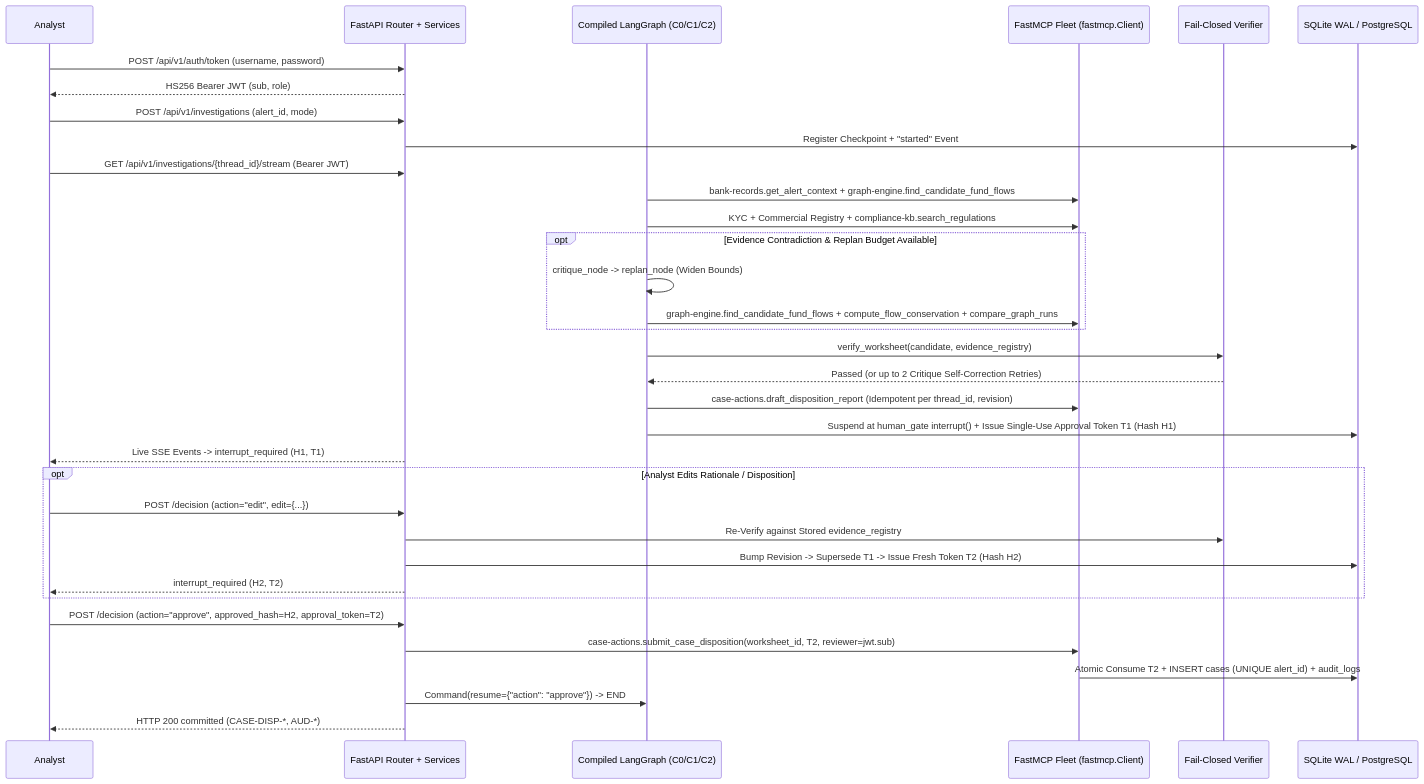
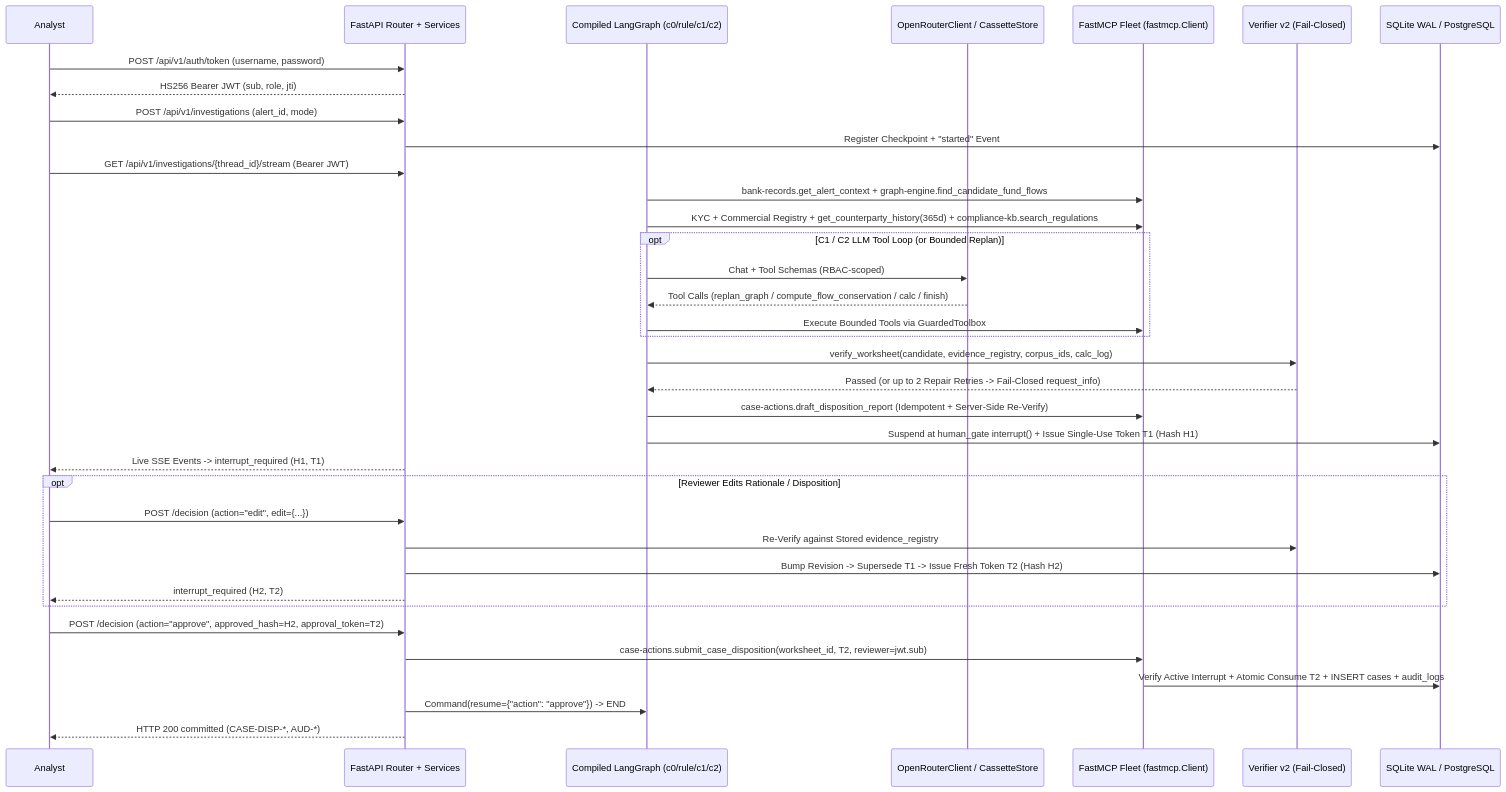
One commit to Proprasad/AuditGuard changed the second of 2 diagrams in docs/architecture.md. Above: the diagram before and after it, drawn with Mermaid. The commit also changed other lines of this file and 20 other files, not shown here.

Commit message:
phase-8: Single-source-of-truth eval/report.py, keyless make replay bundle, and verified v3 docs with honest Limitations

````diff
--- a/docs/architecture.md
+++ b/docs/architecture.md
@@ -68,37 +79,39 @@
 ```mermaid
 sequenceDiagram
     participant Analyst
     participant API as FastAPI Router + Services
-    participant Graph as Compiled LangGraph (C0/C1/C2)
+    participant Graph as Compiled LangGraph (c0/rule/c1/c2)
+    participant LLM as OpenRouterClient / CassetteStore
     participant MCP as FastMCP Fleet (fastmcp.Client)
-    participant Ver as Fail-Closed Verifier
+    participant Ver as Verifier v2 (Fail-Closed)
     participant DB as SQLite WAL / PostgreSQL
 
     Analyst->>API: POST /api/v1/auth/token (username, password)
-    API-->>Analyst: HS256 Bearer JWT (sub, role)
+    API-->>Analyst: HS256 Bearer JWT (sub, role, jti)
     Analyst->>API: POST /api/v1/investigations (alert_id, mode)
     API->>DB: Register Checkpoint + "started" Event
     Analyst->>API: GET /api/v1/investigations/{thread_id}/stream (Bearer JWT)
     Graph->>MCP: bank-records.get_alert_context + graph-engine.find_candidate_fund_flows
-    Graph->>MCP: KYC + Commercial Registry + compliance-kb.search_regulations
-    opt Evidence Contradiction & Replan Budget Available
-        Graph->>Graph: critique_node -> replan_node (Widen Bounds)
-        Graph->>MCP: graph-engine.find_candidate_fund_flows + compute_flow_conservation + compare_graph_runs
+    Graph->>MCP: KYC + Commercial Registry + get_counterparty_history(365d) + compliance-kb.search_regulations
+    opt C1 / C2 LLM Tool Loop (or Bounded Replan)
+        Graph->>LLM: Chat + Tool Schemas (RBAC-scoped)
+        LLM-->>Graph: Tool Calls (replan_graph / compute_flow_conservation / calc / finish)
+        Graph->>MCP: Execute Bounded Tools via GuardedToolbox
     end
-    Graph->>Ver: verify_worksheet(candidate, evidence_registry)
-    Ver-->>Graph: Passed (or up to 2 Critique Self-Correction Retries)
-    Graph->>MCP: case-actions.draft_disposition_report (Idempotent per thread_id, revision)
-    Graph->>DB: Suspend at human_gate interrupt() + Issue Single-Use Approval Token T1 (Hash H1)
+    Graph->>Ver: verify_worksheet(candidate, evidence_registry, corpus_ids, calc_log)
+    Ver-->>Graph: Passed (or up to 2 Repair Retries -> Fail-Closed request_info)
+    Graph->>MCP: case-actions.draft_disposition_report (Idempotent + Server-Side Re-Verify)
+    Graph->>DB: Suspend at human_gate interrupt() + Issue Single-Use Token T1 (Hash H1)
     API-->>Analyst: Live SSE Events -> interrupt_required (H1, T1)
-    opt Analyst Edits Rationale / Disposition
+    opt Reviewer Edits Rationale / Disposition
         Analyst->>API: POST /decision (action="edit", edit={...})
         API->>Ver: Re-Verify against Stored evidence_registry
         API->>DB: Bump Revision -> Supersede T1 -> Issue Fresh Token T2 (Hash H2)
         API-->>Analyst: interrupt_required (H2, T2)
     end
     Analyst->>API: POST /decision (action="approve", approved_hash=H2, approval_token=T2)
     API->>MCP: case-actions.submit_case_disposition(worksheet_id, T2, reviewer=jwt.sub)
-    MCP->>DB: Atomic Consume T2 + INSERT cases (UNIQUE alert_id) + audit_logs
+    MCP->>DB: Verify Active Interrupt + Atomic Consume T2 + INSERT cases + audit_logs
     API->>Graph: Command(resume={"action": "approve"}) -> END
     API-->>Analyst: HTTP 200 committed (CASE-DISP-*, AUD-*)
 ```
````
